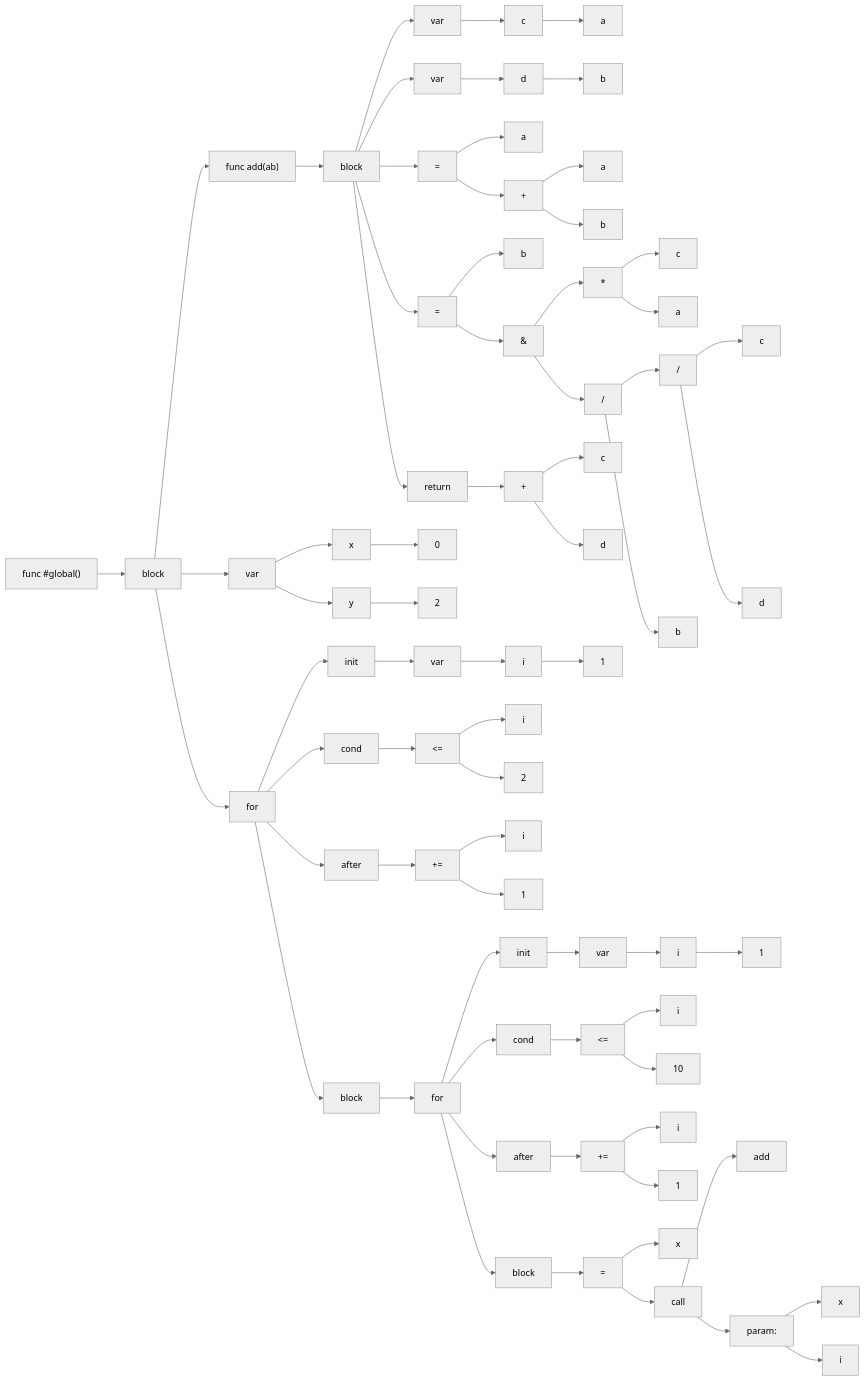
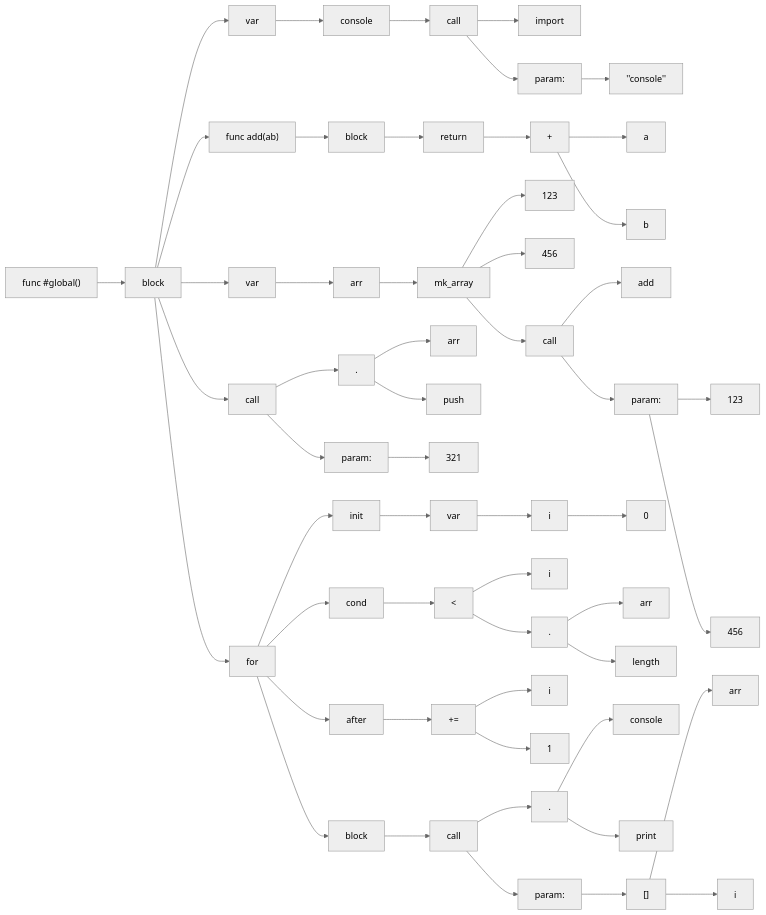
One commit to rick-200/Rapid changed the diagram in graph.md. Above: the diagram before and after it, drawn with Mermaid (neutral theme). The commit also changed 24 other files, not shown here.

````diff
--- a/graph.md
+++ b/graph.md
@@ -2,141 +2,109 @@
 graph LR
 1["func #global()"]
 2["block"]
-3["func add(ab)"]
-4["block"]
-5["var"]
-6["c"]
+3["var"]
+4["console"]
+3-->4
+5["call"]
+6["import"]
 5-->6
-7["a"]
-6-->7
+7["param:"]
+5-->7
+8["''console''"]
+7-->8
 4-->5
-8["var"]
-9["d"]
-8-->9
-A["b"]
+2-->3
+9["func add(ab)"]
+A["block"]
+B["return"]
+C["+"]
+D["a"]
+E["b"]
+C-->D
+C-->E
+B-->C
+A-->B
 9-->A
-4-->8
-B["="]
-C["a"]
-D["+"]
-E["a"]
-F["b"]
-D-->E
-D-->F
-B-->C
-B-->D
-4-->B
-10["="]
-11["b"]
-12["&"]
-13["*"]
-14["c"]
-15["a"]
-13-->14
-13-->15
-16["/"]
-17["/"]
-18["c"]
-19["d"]
-17-->18
-17-->19
-1A["b"]
+2-->9
+F["var"]
+10["arr"]
+F-->10
+11["mk_array"]
+12["123"]
+11-->12
+13["456"]
+11-->13
+14["call"]
+15["add"]
+14-->15
+16["param:"]
+14-->16
+17["123"]
 16-->17
-16-->1A
-12-->13
-12-->16
+18["456"]
+16-->18
+11-->14
 10-->11
-10-->12
-4-->10
-1B["return"]
-1C["+"]
-1D["c"]
-1E["d"]
-1C-->1D
-1C-->1E
-1B-->1C
-4-->1B
-3-->4
-2-->3
-1F["var"]
-20["x"]
+2-->F
+19["call"]
+1A["."]
+1B["arr"]
+1C["push"]
+1A-->1B
+1A-->1C
+19-->1A
+1D["param:"]
+19-->1D
+1E["321"]
+1D-->1E
+2-->19
+1F["for"]
+20["init"]
 1F-->20
-21["0"]
+21["var"]
+22["i"]
+21-->22
+23["0"]
+22-->23
 20-->21
-22["y"]
-1F-->22
-23["2"]
-22-->23
+24["cond"]
+1F-->24
+25["<"]
+26["i"]
+27["."]
+28["arr"]
+29["length"]
+27-->28
+27-->29
+25-->26
+25-->27
+24-->25
+2A["after"]
+1F-->2A
+2B["+="]
+2C["i"]
+2D["1"]
+2B-->2C
+2B-->2D
+2A-->2B
+2E["block"]
+2F["call"]
+30["."]
+31["console"]
+32["print"]
+30-->31
+30-->32
+2F-->30
+33["param:"]
+2F-->33
+34["[]"]
+35["arr"]
+36["i"]
+34-->35
+34-->36
+33-->34
+2E-->2F
+1F-->2E
 2-->1F
-24["for"]
-25["init"]
-24-->25
-26["var"]
-27["i"]
-26-->27
-28["1"]
-27-->28
-25-->26
-29["cond"]
-24-->29
-2A["<="]
-2B["i"]
-2C["2"]
-2A-->2B
-2A-->2C
-29-->2A
-2D["after"]
-24-->2D
-2E["+="]
-2F["i"]
-30["1"]
-2E-->2F
-2E-->30
-2D-->2E
-31["block"]
-32["for"]
-33["init"]
-32-->33
-34["var"]
-35["i"]
-34-->35
-36["1"]
-35-->36
-33-->34
-37["cond"]
-32-->37
-38["<="]
-39["i"]
-3A["10"]
-38-->39
-38-->3A
-37-->38
-3B["after"]
-32-->3B
-3C["+="]
-3D["i"]
-3E["1"]
-3C-->3D
-3C-->3E
-3B-->3C
-3F["block"]
-40["="]
-41["x"]
-42["call"]
-43["add"]
-42-->43
-44["param:"]
-42-->44
-45["x"]
-44-->45
-46["i"]
-44-->46
-40-->41
-40-->42
-3F-->40
-32-->3F
-31-->32
-24-->31
-2-->24
 1-->2
 ```
````
